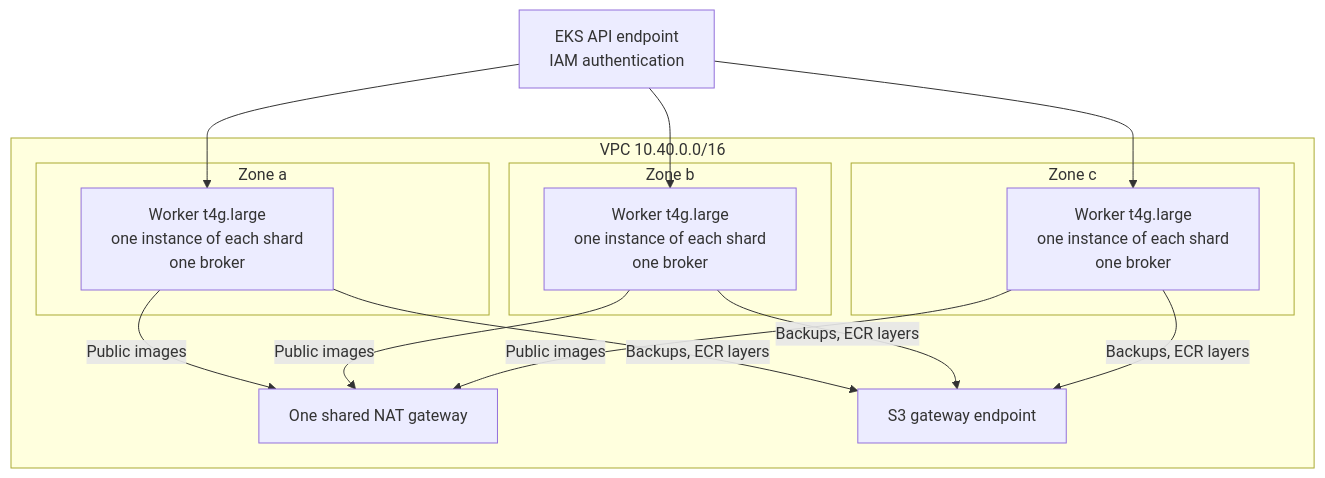
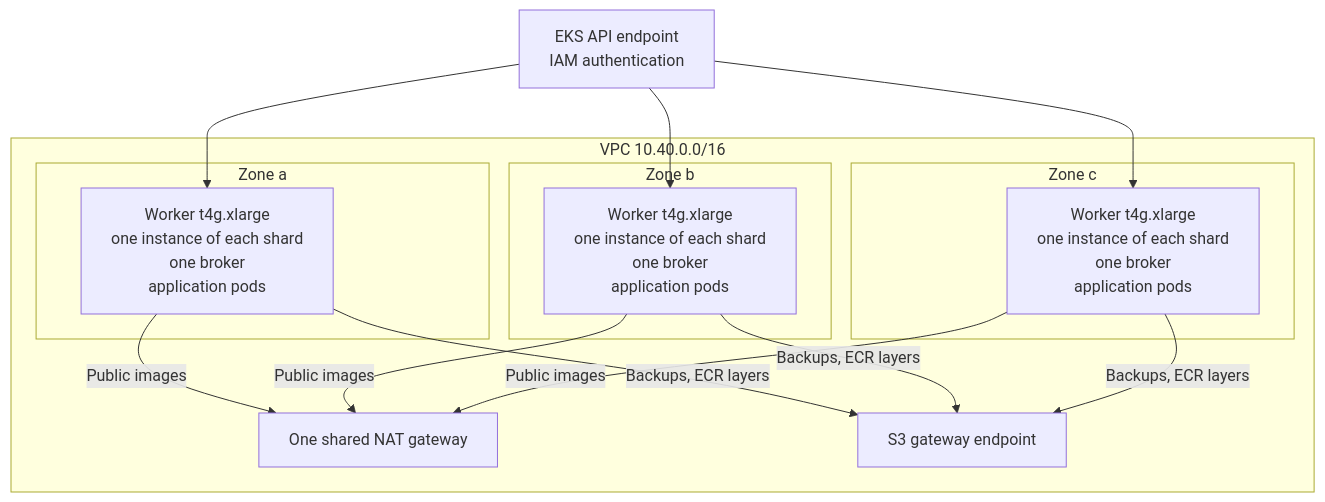
Before and after one commit to nklip/JavaCraft: the tenth of 13 diagrams in microservices/shardshop/ARCHITECTURE.md, drawn with Mermaid. The commit also changed other lines of this file and 40 other files, not shown here.

````diff
--- a/microservices/shardshop/ARCHITECTURE.md
+++ b/microservices/shardshop/ARCHITECTURE.md
@@ -431,20 +452,20 @@
 ```mermaid
 flowchart TB
     Endpoint["EKS API endpoint<br/>IAM authentication"]
     subgraph VPC["VPC 10.40.0.0/16"]
         NAT["One shared NAT gateway"]
         S3E["S3 gateway endpoint"]
         subgraph ZA["Zone a"]
-            WA["Worker t4g.large<br/>one instance of each shard<br/>one broker"]
+            WA["Worker t4g.xlarge<br/>one instance of each shard<br/>one broker<br/>application pods"]
         end
         subgraph ZB["Zone b"]
-            WB["Worker t4g.large<br/>one instance of each shard<br/>one broker"]
+            WB["Worker t4g.xlarge<br/>one instance of each shard<br/>one broker<br/>application pods"]
         end
         subgraph ZC["Zone c"]
-            WC["Worker t4g.large<br/>one instance of each shard<br/>one broker"]
+            WC["Worker t4g.xlarge<br/>one instance of each shard<br/>one broker<br/>application pods"]
         end
     end
     Endpoint --> WA & WB & WC
     WA & WB & WC -->|"Public images"| NAT
     WA & WB & WC -->|"Backups, ECR layers"| S3E
 ```
````
